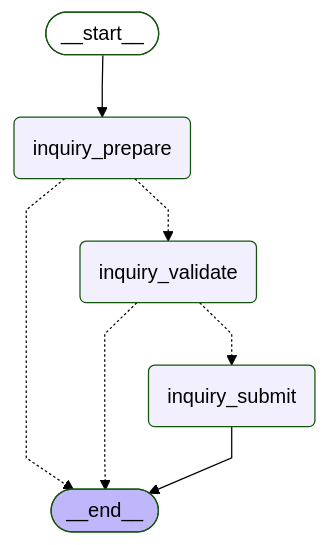
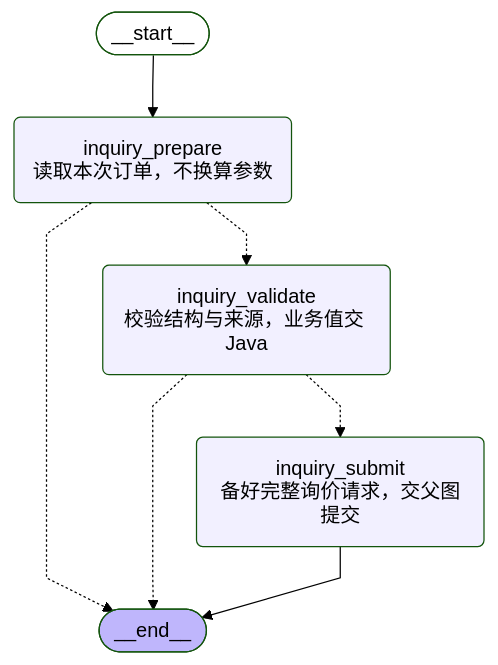
One commit to HXLoong/aigc-langgraph-main changed the diagram in docs/architecture/option-inquiry-flow.md. Above: the diagram before and after it, drawn with Mermaid (forest theme). The commit also changed 17 other files, not shown here.

````diff
--- a/docs/architecture/option-inquiry-flow.md
+++ b/docs/architecture/option-inquiry-flow.md
@@ -7,22 +7,22 @@
 ```mermaid
 ---
 config:
   flowchart:
     curve: linear
 ---
 graph TD;
 	__start__([<p>__start__</p>]):::first
-	inquiry_prepare(inquiry_prepare)
-	inquiry_validate(inquiry_validate)
-	inquiry_submit(inquiry_submit)
+	inquiry_prepare(inquiry_prepare<br/>读取本次订单，不换算参数)
+	inquiry_validate(inquiry_validate<br/>校验结构与来源，业务值交 Java)
+	inquiry_submit(inquiry_submit<br/>备好完整询价请求，交父图提交)
 	__end__([<p>__end__</p>]):::last
 	__start__ --> inquiry_prepare;
 	inquiry_prepare -.-> __end__;
 	inquiry_prepare -.-> inquiry_validate;
 	inquiry_validate -.-> __end__;
 	inquiry_validate -.-> inquiry_submit;
 	inquiry_submit --> __end__;
 	classDef default fill:#f2f0ff,line-height:1.2
 	classDef first fill-opacity:0
 	classDef last fill:#bfb6fc
 ```
````
